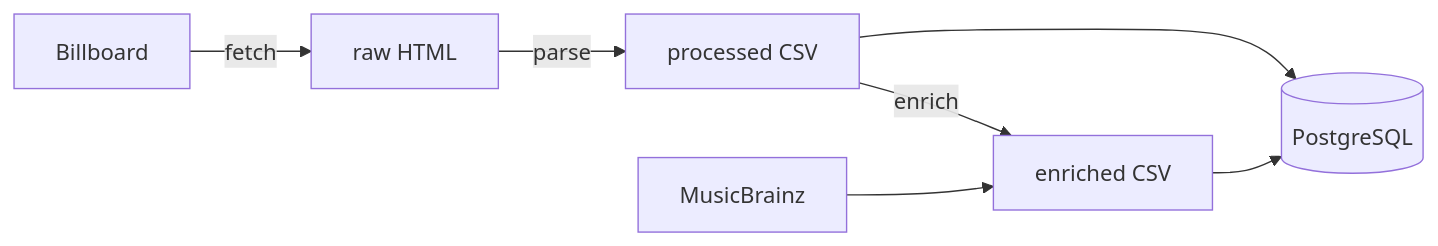
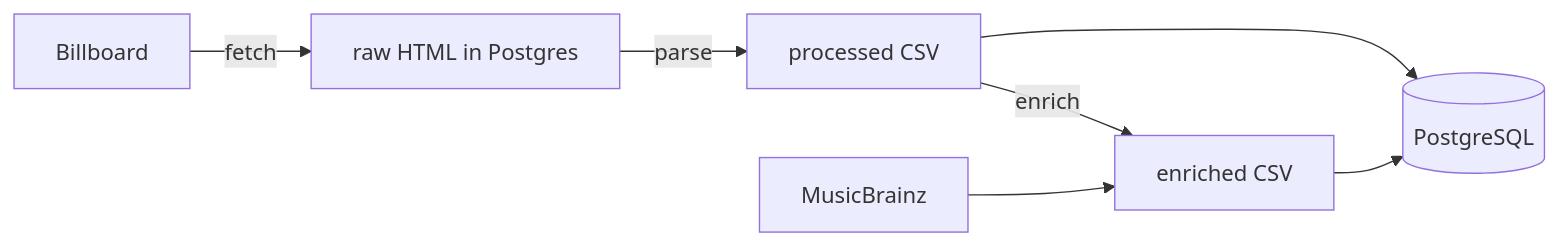
Before and after one commit to adamsc94/chart-pipeline: the diagram in README.md, drawn with Mermaid. The commit also changed other lines of this file and 4 other files, not shown here.

First line of the commit message:
Parse from the raw page stored in Postgres; add DECISIONS 016

````diff
--- a/README.md
+++ b/README.md
@@ -15,9 +15,9 @@
 ```mermaid
 flowchart LR
-    A[Billboard] -->|fetch| B[raw HTML]
+    A[Billboard] -->|fetch| B[raw HTML in Postgres]
     B -->|parse| C[processed CSV]
     C -->|enrich| D[enriched CSV]
     E[MusicBrainz] --> D
     C --> F[(PostgreSQL)]
     D --> F
 ```
````
